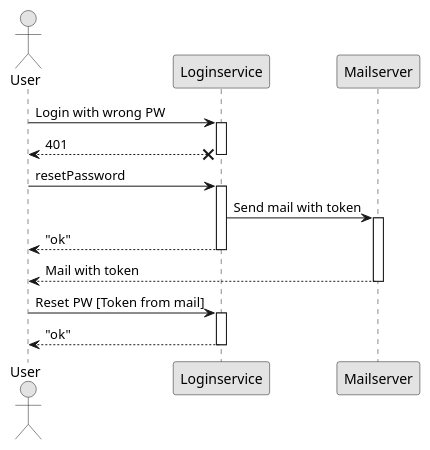
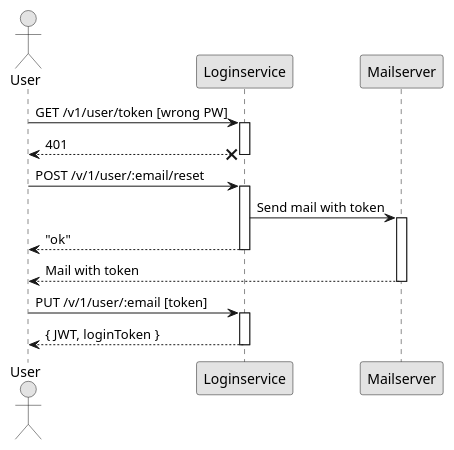
The third of 3 diagrams in README.org (phuhl/apparts-login-server), drawn with PlantUML before and after one commit. The commit also changed other lines of this file and 4 other files, not shown here.

```diff
--- a/README.org
+++ b/README.org
@@ -458,26 +452,26 @@
 #+BEGIN_SRC plantuml :file resetpw.png :exports results
 actor User
 skinparam roundcorner 5
 skinparam monochrome true
 skinparam shadowing false
 
-User -> Loginservice : Login with wrong PW
+User -> Loginservice : GET /v1/user/token [wrong PW]
 activate Loginservice
 User <--x Loginservice : 401
 deactivate Loginservice
 
-User -> Loginservice : resetPassword
+User -> Loginservice : POST /v/1/user/:email/reset
 activate Loginservice
 Loginservice -> Mailserver : Send mail with token
 activate Mailserver
 User <-- Loginservice : "ok"
 deactivate Loginservice
 User <-- Mailserver : Mail with token
 deactivate Mailserver
 
-User -> Loginservice : Reset PW [Token from mail]
+User -> Loginservice : PUT /v/1/user/:email [token]
 activate Loginservice
-User <-- Loginservice : "ok"
+User <-- Loginservice : { JWT, loginToken }
 deactivate Loginservice
 
 #+END_SRC
```
